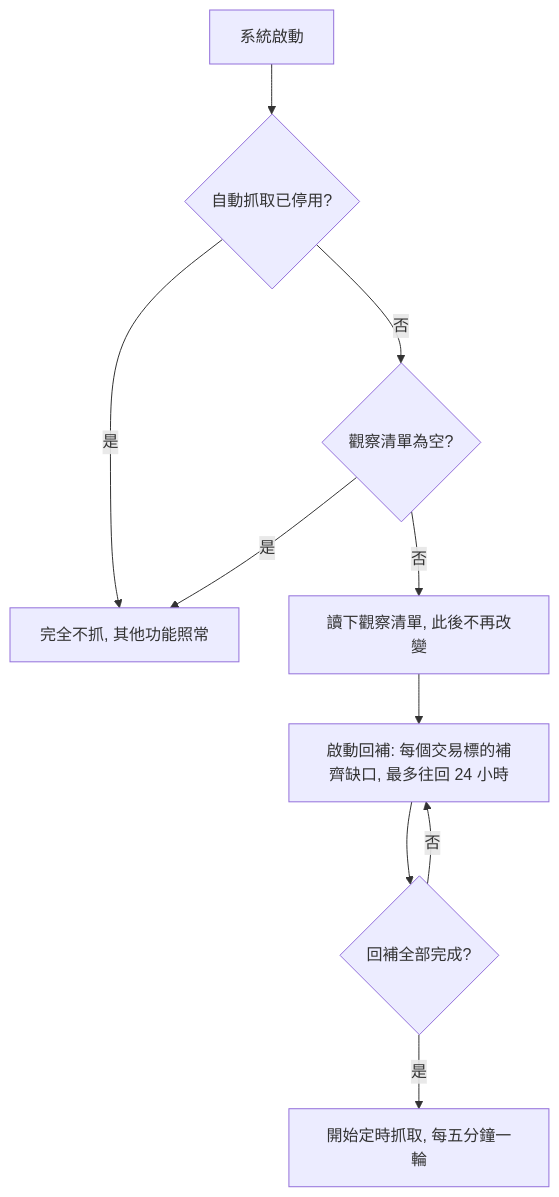
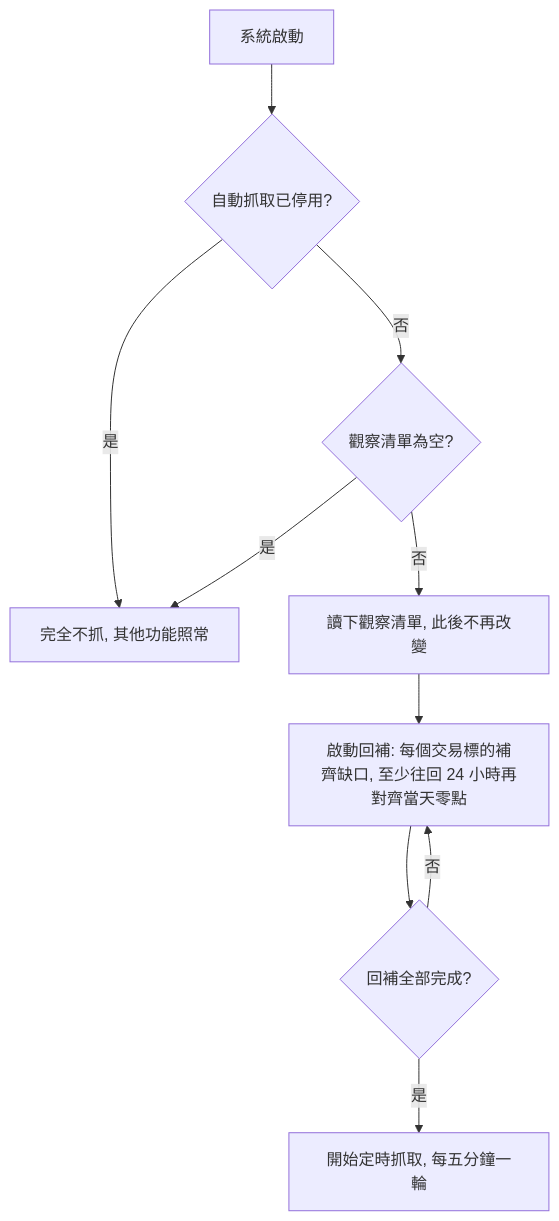
The first of 2 diagrams in .sdd/2026-08-30-k-candle-auto-ingestion/PRD.md (CodeMachine0121/go-trading), drawn with Mermaid before and after one commit. The commit also changed 7 other files, not shown here.

````diff
--- a/.sdd/2026-08-30-k-candle-auto-ingestion/PRD.md
+++ b/.sdd/2026-08-30-k-candle-auto-ingestion/PRD.md
@@ -268,12 +268,12 @@
 ```mermaid
 flowchart TD
     A[系統啟動] --> B{自動抓取已停用?}
     B -- 是 --> Z[完全不抓, 其他功能照常]
     B -- 否 --> C{觀察清單為空?}
     C -- 是 --> Z
     C -- 否 --> D[讀下觀察清單, 此後不再改變]
-    D --> E[啟動回補: 每個交易標的補齊缺口, 最多往回 24 小時]
+    D --> E[啟動回補: 每個交易標的補齊缺口, 至少往回 24 小時再對齊當天零點]
     E --> F{回補全部完成?}
     F -- 否 --> E
     F -- 是 --> G[開始定時抓取, 每五分鐘一輪]
 ```
````
